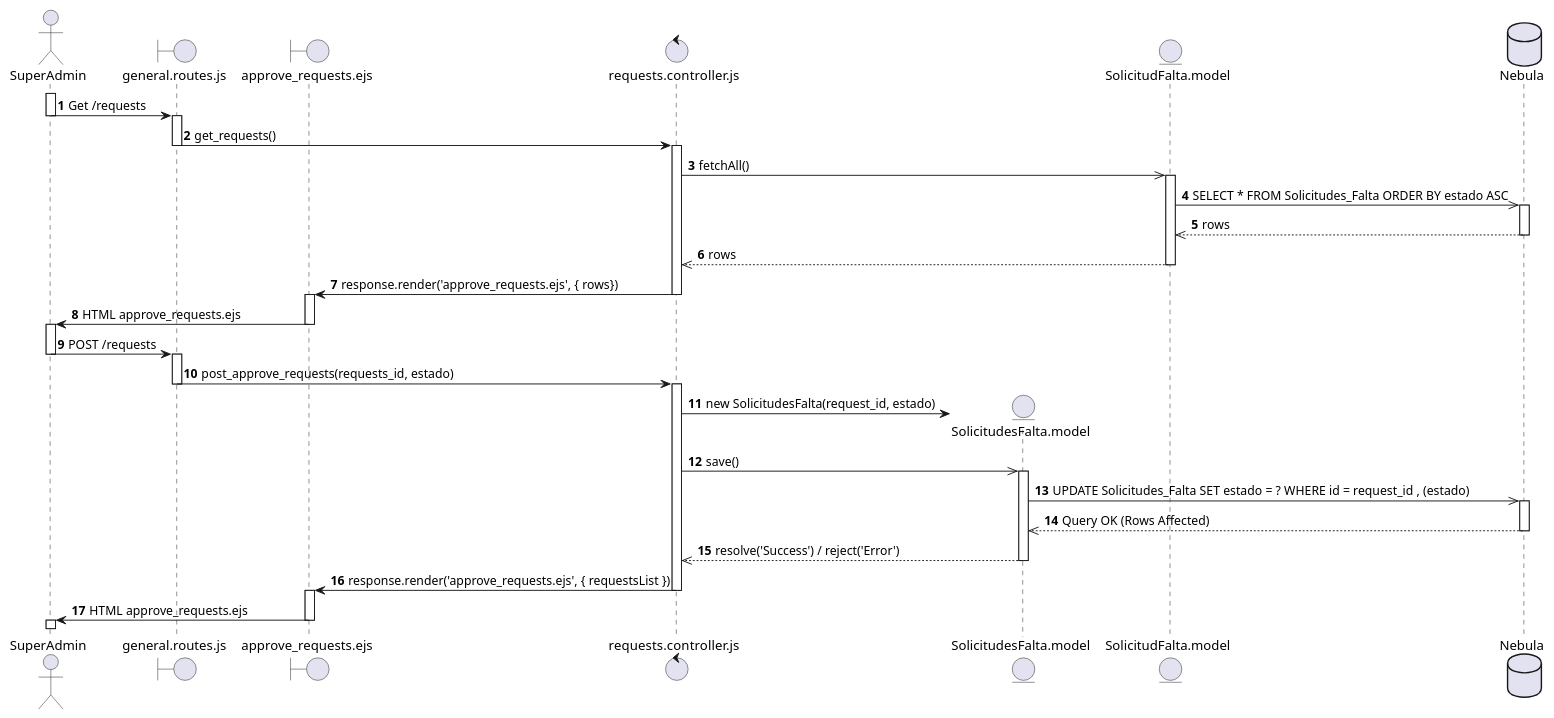
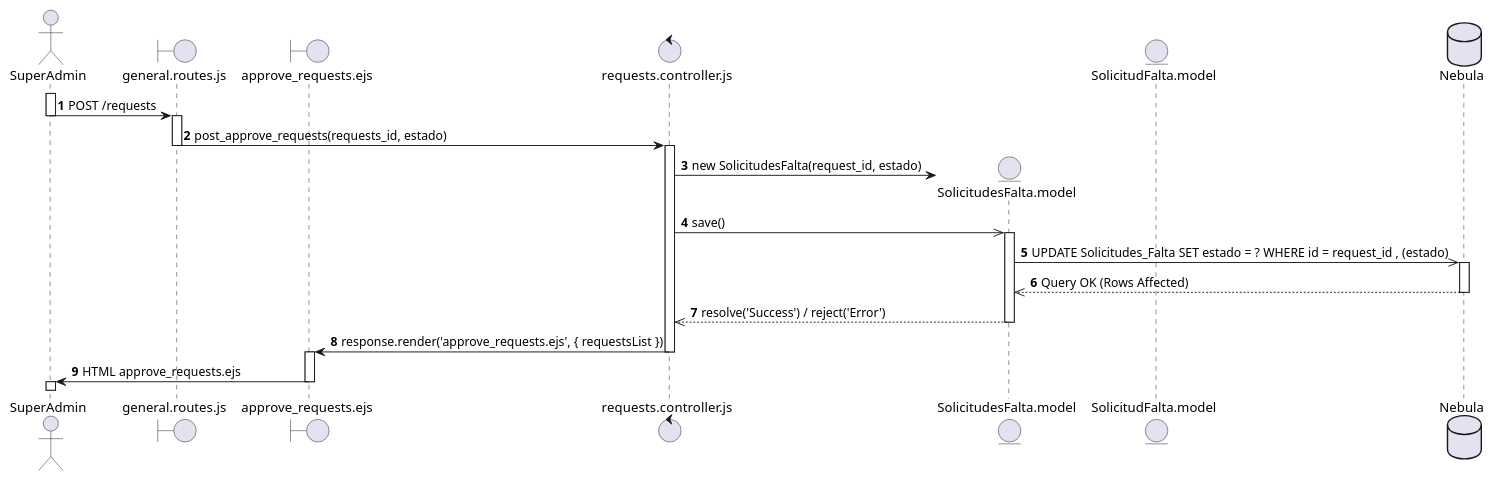
The diagram in diagramas_secuencia/req27.puml (SALV19/Nebula_tc2005b), drawn with PlantUML before and after one commit.

Commit message:
[UPDATE] diagram updated but not finished

```diff
--- a/diagramas_secuencia/req27.puml
+++ b/diagramas_secuencia/req27.puml
@@ -1,68 +1,42 @@
 @startuml REQ_27
 autonumber
 actor SuperAdmin as S
 boundary general.routes.js as SRoute
 boundary approve_requests.ejs as Requests
 control requests.controller.js as SController
 entity SolicitudesFalta.model as SModel
 entity SolicitudFalta.model as Model
 database Nebula as db
-
-' ---- CONSULTAR SOLICITUDES ----
-activate S
-S -> SRoute : Get /requests
-deactivate S
-
-activate SRoute
-SRoute -> SController : get_requests()
-deactivate SRoute
-
-activate SController
-SController ->> Model : fetchAll()
-
-activate Model 
-Model ->> db : SELECT * FROM Solicitudes_Falta ORDER BY estado ASC
-activate db
-db -->> Model : rows
-deactivate db
-Model -->> SController : rows
-deactivate Model
-SController -> Requests : response.render('approve_requests.ejs', { rows})
-deactivate SController
-
-activate Requests
-Requests -> S : HTML approve_requests.ejs
-deactivate Requests
 
 ' ---- APROBAR SOLICITUD ----
 activate S
 S -> SRoute : POST /requests
 deactivate S
 
 activate SRoute
 SRoute -> SController : post_approve_requests(requests_id, estado)
 deactivate SRoute
 
 activate SController 
 create SModel
 SController -> SModel : new SolicitudesFalta(request_id, estado)
 SController ->> SModel : save()
 
 activate SModel
 SModel ->> db : UPDATE Solicitudes_Falta SET estado = ? WHERE id = request_id , (estado)
 activate db
 db -->> SModel : Query OK (Rows Affected)
 deactivate db
 
 SModel -->> SController : resolve('Success') / reject('Error')
 deactivate SModel
 
 SController -> Requests : response.render('approve_requests.ejs', { requestsList })
 deactivate SController
 
 activate Requests
 Requests -> S : HTML approve_requests.ejs
 deactivate Requests
 
 activate S
 @enduml
```
